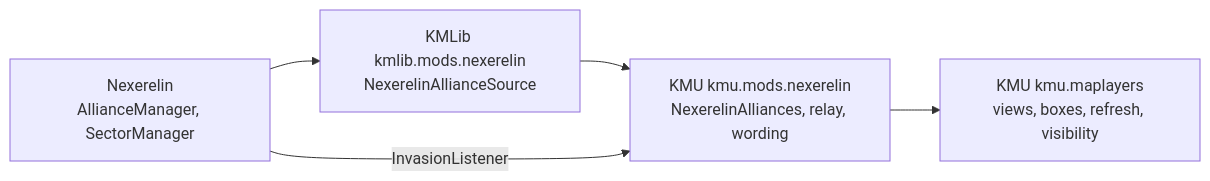
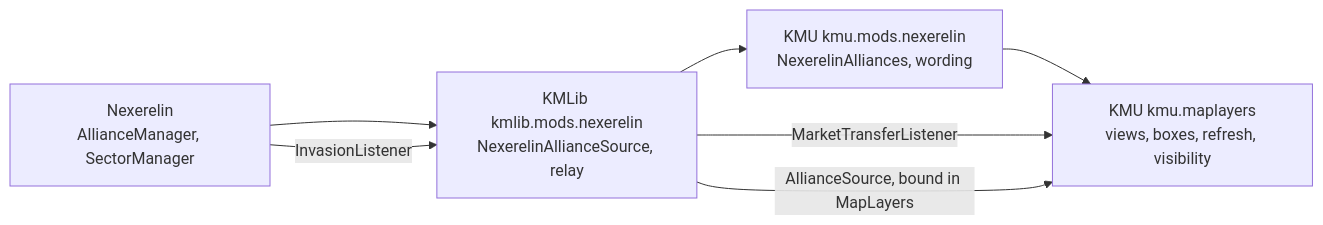
One commit to Klark-Morrigan/Starsector-Mod-KMU changed the diagram in docs/dev/nexerelin.md. Above: the diagram before and after it, drawn with Mermaid. The commit also changed other lines of this file, not shown here.

Commit message:
docs: update the Nexerelin dev doc

````diff
--- a/docs/dev/nexerelin.md
+++ b/docs/dev/nexerelin.md
@@ -132,9 +132,11 @@
 ```mermaid
 flowchart LR
     nex["Nexerelin<br/>AllianceManager, SectorManager"]
-    lib["KMLib kmlib.mods.nexerelin<br/>NexerelinAllianceSource"]
-    kmuNex["KMU kmu.mods.nexerelin<br/>NexerelinAlliances, relay, wording"]
+    lib["KMLib kmlib.mods.nexerelin<br/>NexerelinAllianceSource, relay"]
+    kmuNex["KMU kmu.mods.nexerelin<br/>NexerelinAlliances, wording"]
     layers["KMU kmu.maplayers<br/>views, boxes, refresh, visibility"]
     nex --> lib --> kmuNex --> layers
-    nex -- "InvasionListener" --> kmuNex
+    nex -- "InvasionListener" --> lib
+    lib -- "MarketTransferListener" --> layers
+    lib -- "AllianceSource, bound in MapLayers" --> layers
 ```
````
